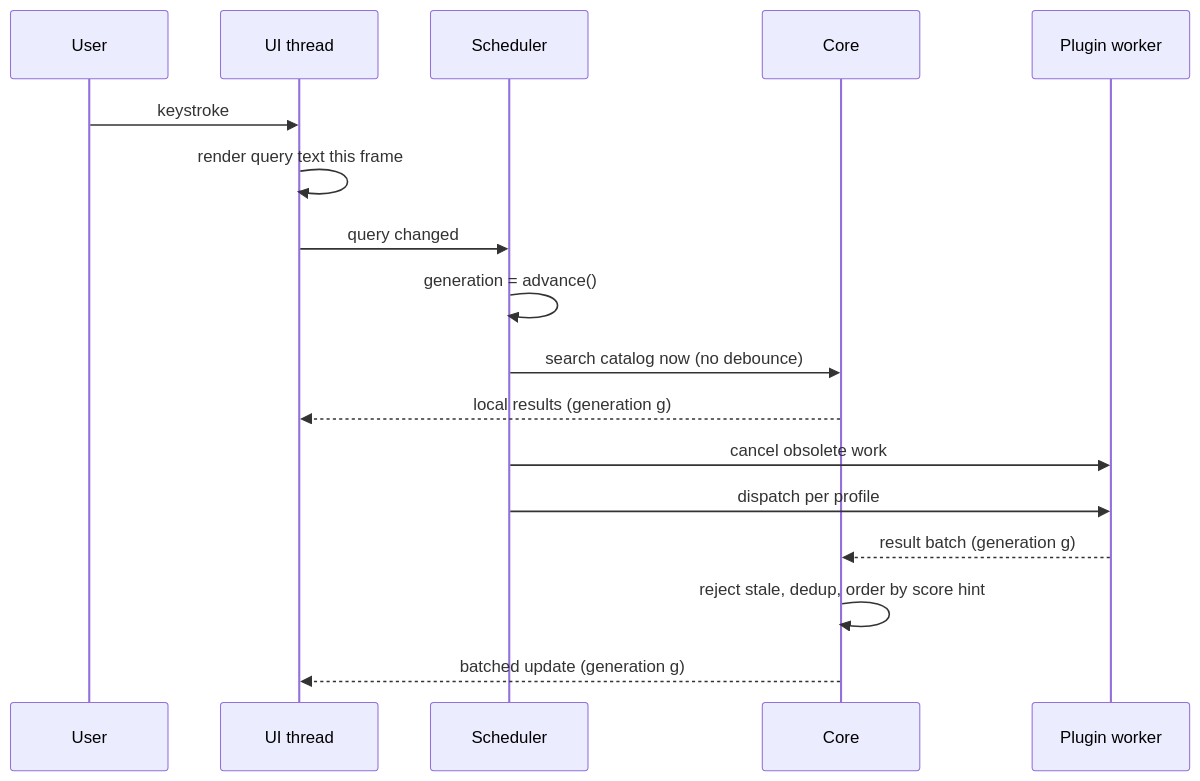
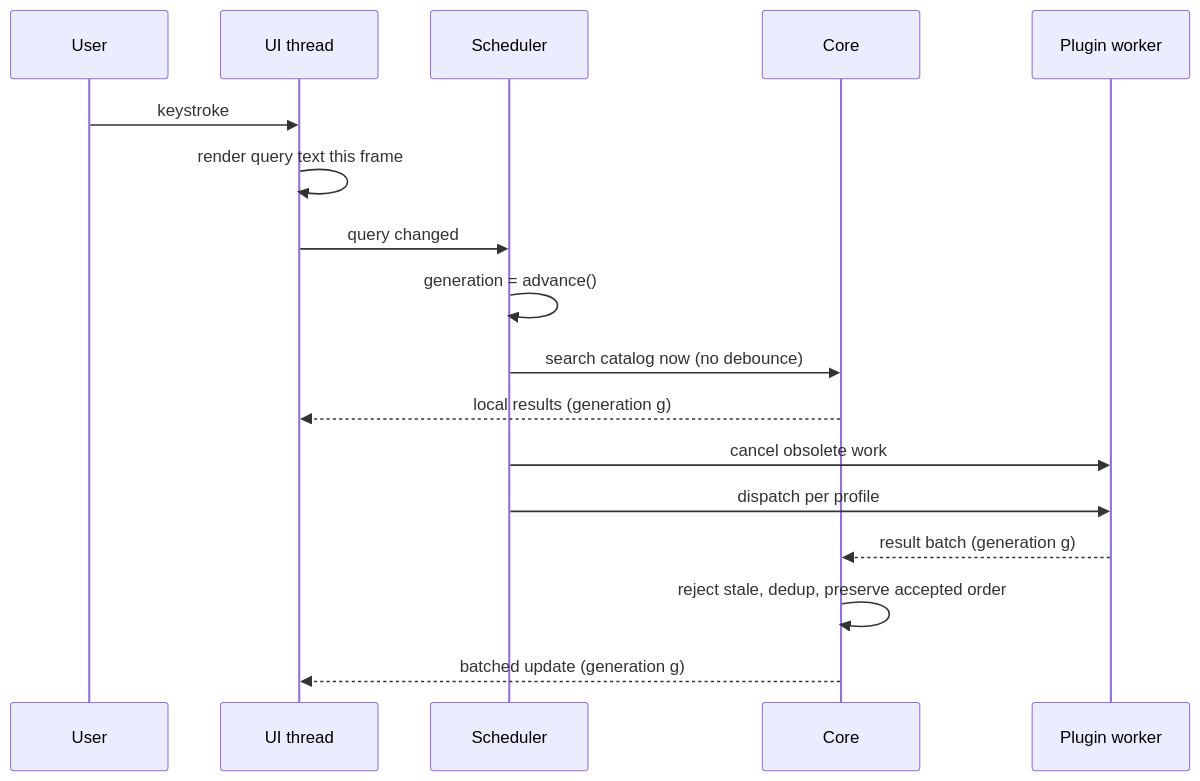
The second of 2 diagrams in docs/architecture.md (yichenchong/CriKey), drawn with Mermaid before and after one commit. The commit also changed other lines of this file and 143 other files, not shown here.

````diff
--- a/docs/architecture.md
+++ b/docs/architecture.md
@@ -45,19 +56,19 @@
 ```mermaid
 sequenceDiagram
   participant U as User
   participant UI as UI thread
   participant S as Scheduler
   participant C as Core
   participant P as Plugin worker
   U->>UI: keystroke
   UI->>UI: render query text this frame
   UI->>S: query changed
   S->>S: generation = advance()
   S->>C: search catalog now (no debounce)
   C-->>UI: local results (generation g)
   S->>P: cancel obsolete work
   S->>P: dispatch per profile
   P-->>C: result batch (generation g)
-  C->>C: reject stale, dedup, order by score hint
+  C->>C: reject stale, dedup, preserve accepted order
   C-->>UI: batched update (generation g)
 ```
````
